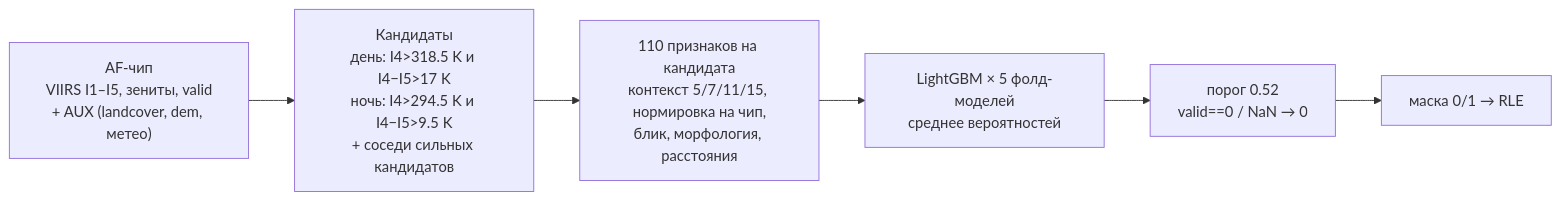
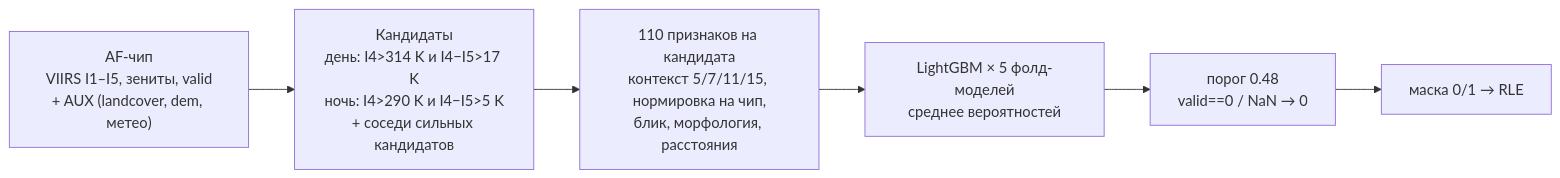
One commit to shttrkk/kosmowinsamarkand changed the diagram in reports/af_module.md. Above: the diagram before and after it, drawn with Mermaid. The commit also changed other lines of this file and 22 other files, not shown here.

````diff
--- a/reports/af_module.md
+++ b/reports/af_module.md
@@ -9,8 +11,8 @@
 ```mermaid
 flowchart LR
-  A["AF-чип<br/>VIIRS I1–I5, зениты, valid<br/>+ AUX (landcover, dem, метео)"] --> B["Кандидаты<br/>день: I4>318.5 K и I4−I5>17 K<br/>ночь: I4>294.5 K и I4−I5>9.5 K<br/>+ соседи сильных кандидатов"]
+  A["AF-чип<br/>VIIRS I1–I5, зениты, valid<br/>+ AUX (landcover, dem, метео)"] --> B["Кандидаты<br/>день: I4>314 K и I4−I5>17 K<br/>ночь: I4>290 K и I4−I5>5 K<br/>+ соседи сильных кандидатов"]
   B --> C["110 признаков на кандидата<br/>контекст 5/7/11/15, нормировка на чип,<br/>блик, морфология, расстояния"]
   C --> D["LightGBM × 5 фолд-моделей<br/>среднее вероятностей"]
-  D --> E["порог 0.52<br/>valid==0 / NaN → 0"]
+  D --> E["порог 0.48<br/>valid==0 / NaN → 0"]
   E --> F["маска 0/1 → RLE"]
 ```
````
